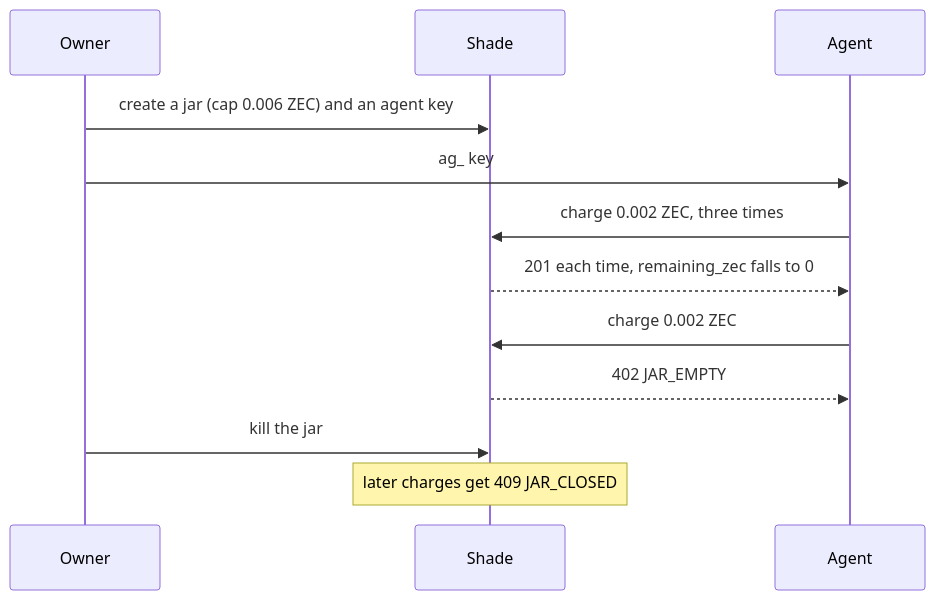
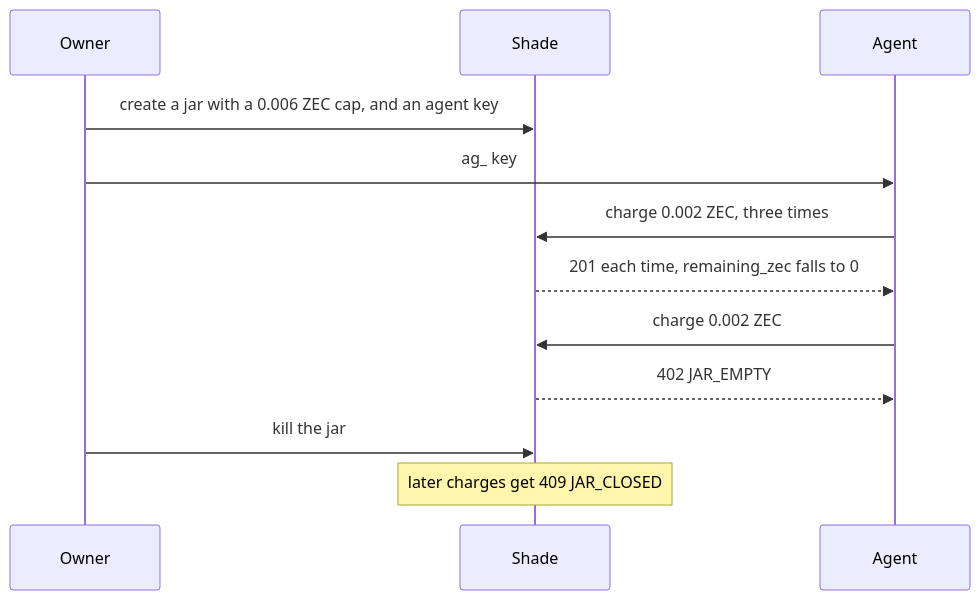
One commit to billi-x4/Shade changed the fifth of 7 diagrams in README.md. Above: the diagram before and after it, drawn with Mermaid. The commit also changed other lines of this file and 3 other files, not shown here.

````diff
--- a/README.md
+++ b/README.md
@@ -87,14 +114,14 @@
 ```mermaid
 sequenceDiagram
   participant O as Owner
   participant S as Shade
   participant A as Agent
-  O->>S: create a jar (cap 0.006 ZEC) and an agent key
+  O->>S: create a jar with a 0.006 ZEC cap, and an agent key
   O->>A: ag_ key
   A->>S: charge 0.002 ZEC, three times
   S-->>A: 201 each time, remaining_zec falls to 0
   A->>S: charge 0.002 ZEC
   S-->>A: 402 JAR_EMPTY
   O->>S: kill the jar
   Note over S: later charges get 409 JAR_CLOSED
 ```
````
